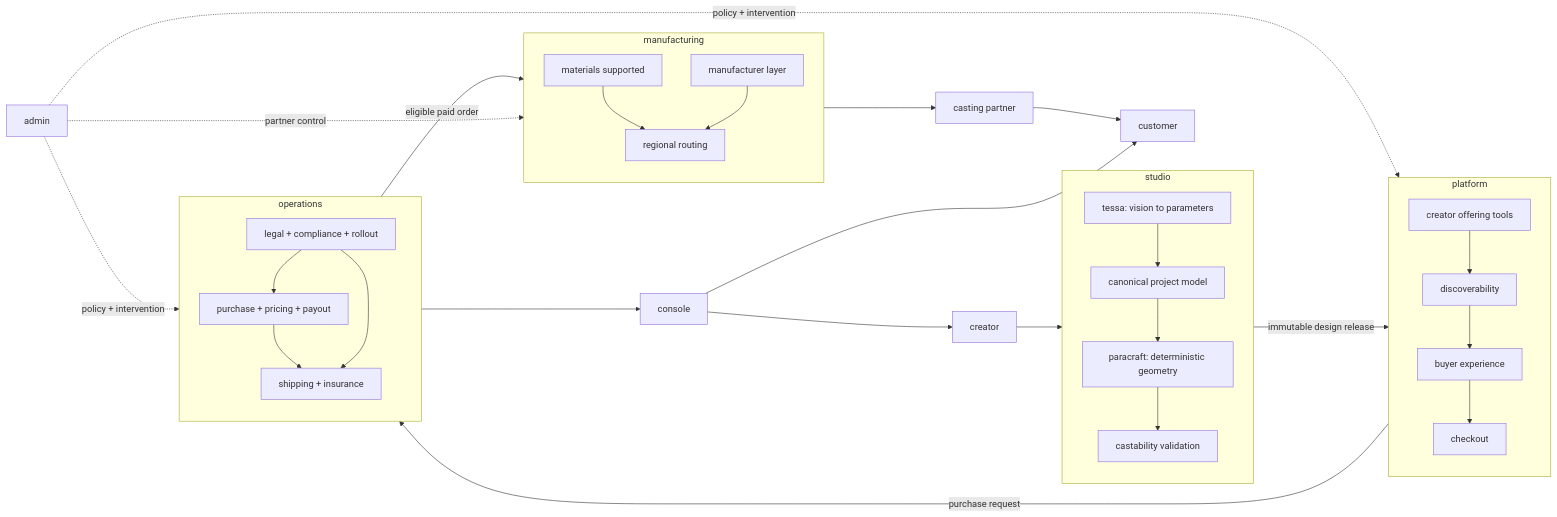
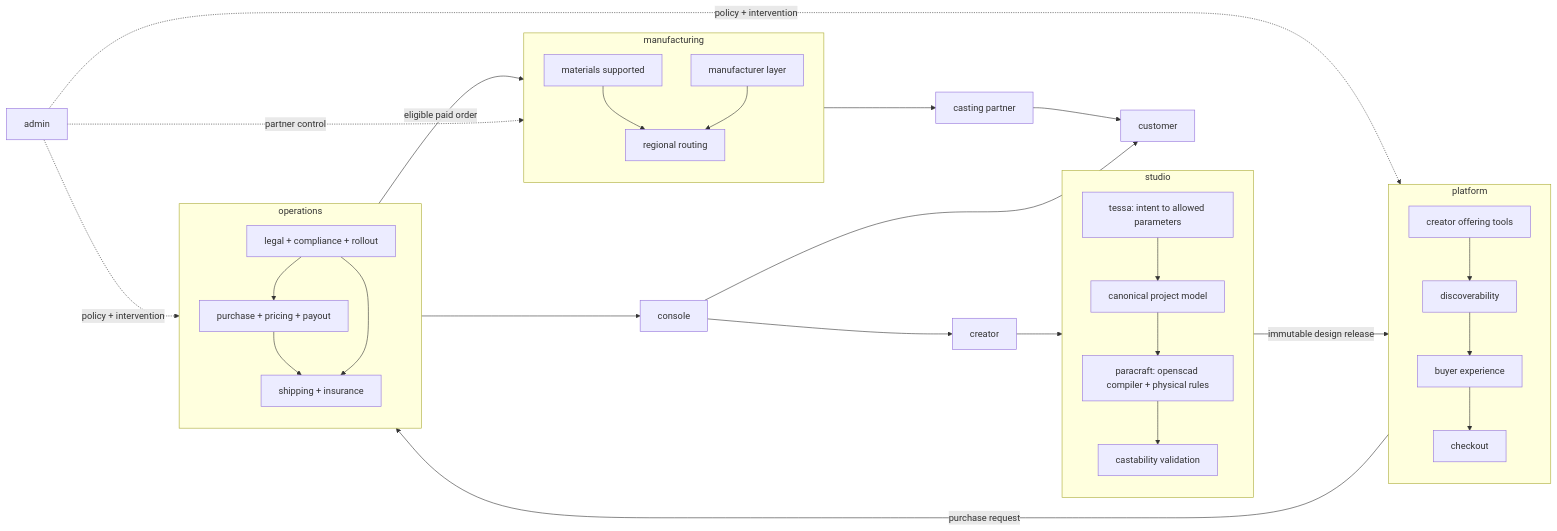
One commit to tinkrland/kirosculp changed the diagram in README.md. Above: the diagram before and after it, drawn with Mermaid. The commit also changed other lines of this file and 21 other files, not shown here.

````diff
--- a/README.md
+++ b/README.md
@@ -50,58 +52,58 @@
 ```mermaid
 flowchart LR
     creator[creator] --> studio
 
     subgraph studio[studio]
       direction TB
-      tessa[tessa: vision to parameters]
+      tessa[tessa: intent to allowed parameters]
       project[canonical project model]
-      paracraft[paracraft: deterministic geometry]
+      paracraft[paracraft: openscad compiler + physical rules]
       validation[castability validation]
       tessa --> project --> paracraft --> validation
     end
 
     validation -->|immutable design release| platform
 
     subgraph platform[platform]
       direction TB
       creators[creator offering tools]
       discovery[discoverability]
       buyers[buyer experience]
       checkout[checkout]
       creators --> discovery --> buyers --> checkout
     end
 
     checkout -->|purchase request| operations
 
     subgraph operations[operations]
       direction TB
       financial[purchase + pricing + payout]
       delivery[shipping + insurance]
       rules[legal + compliance + rollout]
       financial --> delivery
       rules --> financial
       rules --> delivery
     end
 
     operations -->|eligible paid order| manufacturing
 
     subgraph manufacturing[manufacturing]
       direction TB
       materials[materials supported]
       partner[manufacturer layer]
       route[regional routing]
       materials --> route
       partner --> route
     end
 
     route --> maker[casting partner]
     maker --> customer[customer]
 
     operations --> console[console]
     console --> creator
     console --> customer
 
     admin[admin] -. policy + intervention .-> platform
     admin -. policy + intervention .-> operations
     admin -. partner control .-> manufacturing
 ```
````
